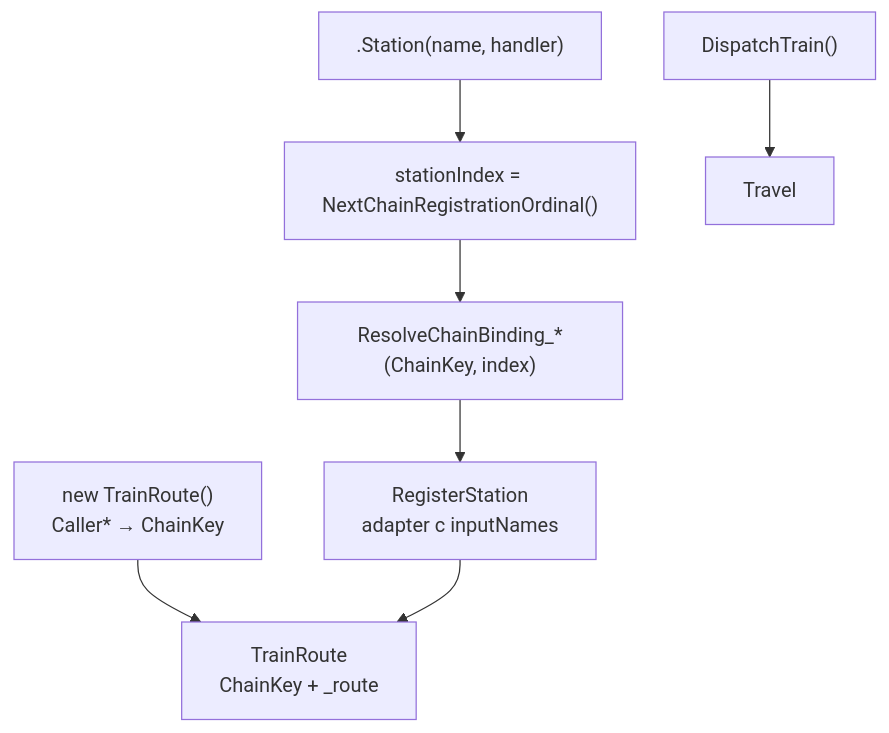
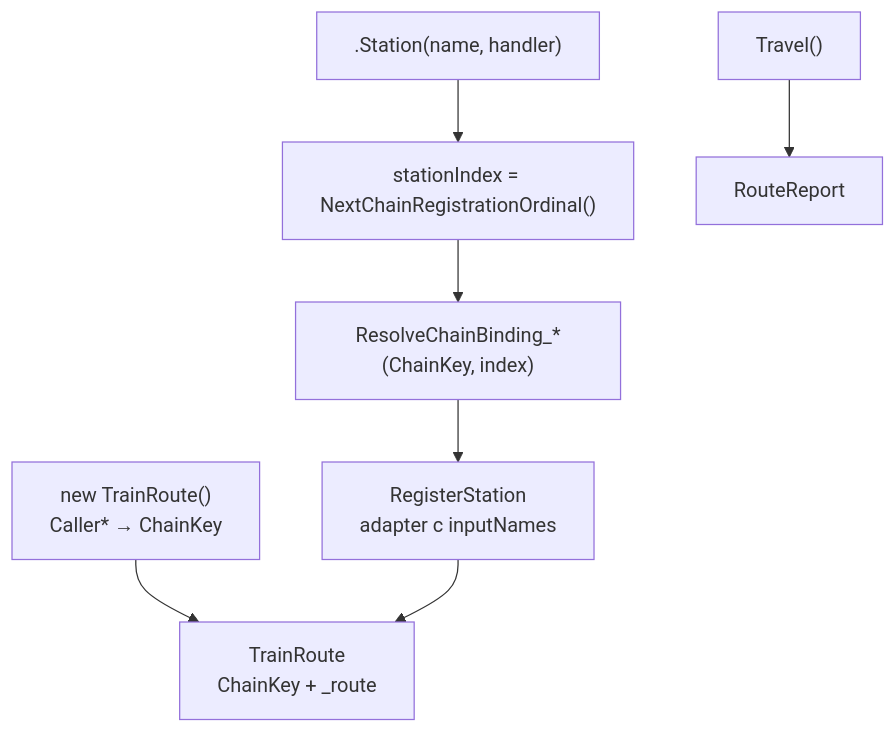
One commit to moragfullrest-cmyk/TrainOP changed the diagram in docs/plan-data-oriented-handlers.md. Above: the diagram before and after it, drawn with Mermaid. The commit also changed other lines of this file and 89 other files, not shown here.

````diff
--- a/docs/plan-data-oriented-handlers.md
+++ b/docs/plan-data-oriented-handlers.md
@@ -351,9 +351,9 @@
 ```mermaid
 flowchart TD
   New["new TrainRoute()\nCaller* → ChainKey"] --> Route["TrainRoute\nChainKey + _route"]
   Sta[".Station(name, handler)"] --> Idx["stationIndex = NextChainRegistrationOrdinal()"]
   Idx --> Lookup["ResolveChainBinding_*(ChainKey, index)"]
   Lookup --> Reg["RegisterStation\nadapter с inputNames"]
   Reg --> Route
-  Dispatch["DispatchTrain()"] --> Travel["Travel"]
+  TravelNode["Travel()"] --> Report["RouteReport"]
 ```
````
